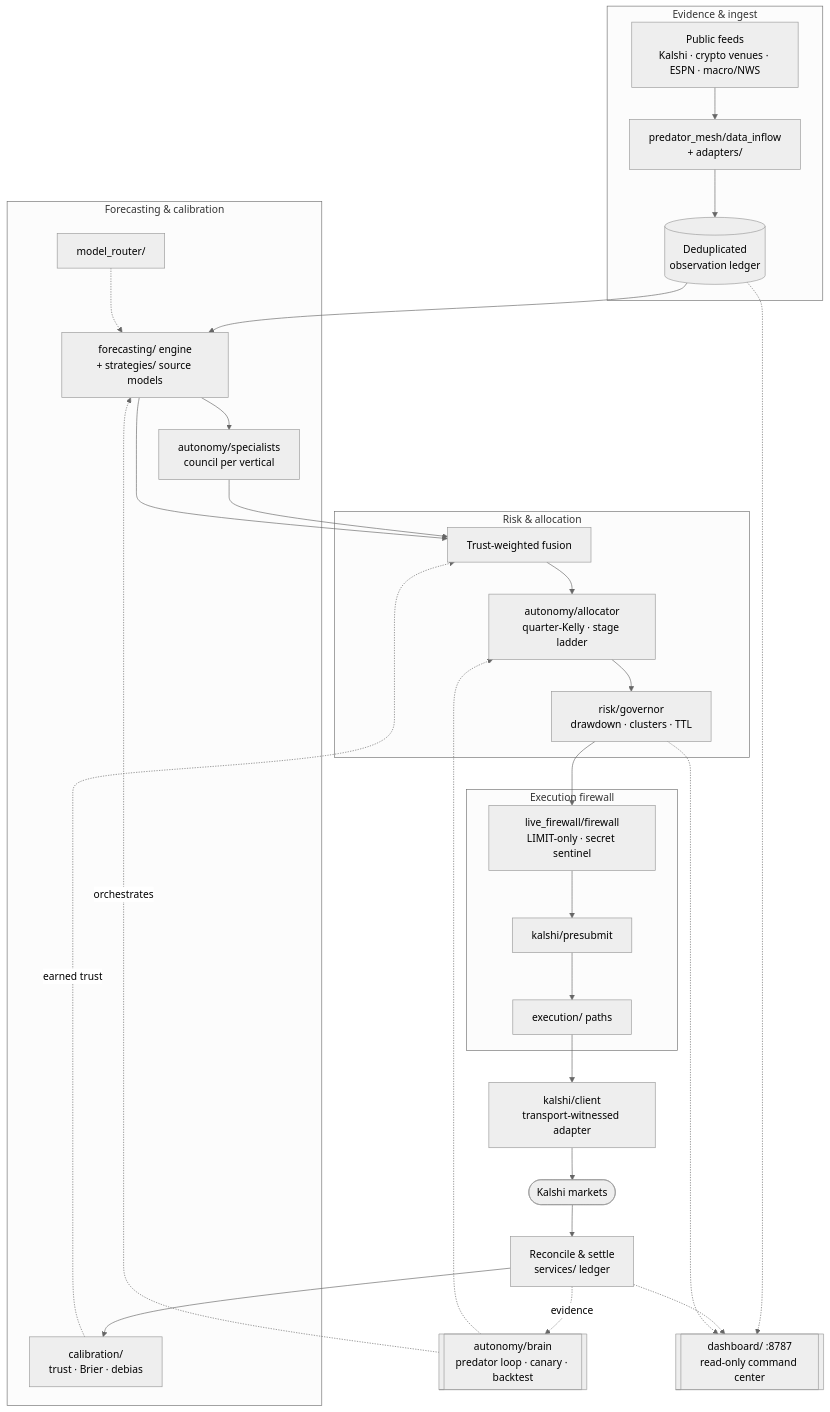
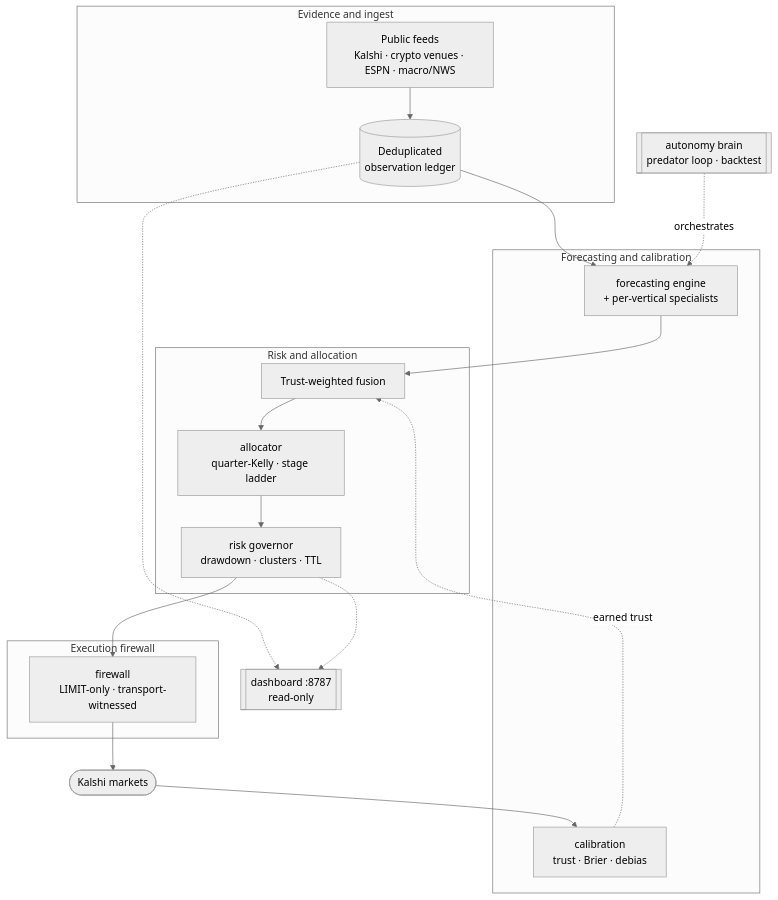
Before and after one commit to ObtuseAI/dummy: the diagram in README.md, drawn with Mermaid (neutral theme). The commit also changed other lines of this file and 1 other file, not shown here.

````diff
--- a/README.md
+++ b/README.md
@@ -125,48 +102,30 @@
 ```mermaid
 flowchart TB
-    subgraph Ingest["Evidence &amp; ingest"]
+    subgraph Ingest["Evidence and ingest"]
         FEEDS[Public feeds<br/>Kalshi · crypto venues · ESPN · macro/NWS]
-        INFLOW[predator_mesh/data_inflow<br/>+ adapters/]
         OBS[(Deduplicated<br/>observation ledger)]
     end
+    subgraph Forecast["Forecasting and calibration"]
+        ENGINE[forecasting engine<br/>+ per-vertical specialists]
+        CAL[calibration<br/>trust · Brier · debias]
+    end
+    subgraph RiskAlloc["Risk and allocation"]
+        FUSE[Trust-weighted fusion]
+        ALLOC[allocator<br/>quarter-Kelly · stage ladder]
+        GOV[risk governor<br/>drawdown · clusters · TTL]
+    end
+    subgraph Exec["Execution firewall"]
+        FW[firewall<br/>LIMIT-only · transport-witnessed]
+    end
+    MARKET([Kalshi markets])
+    BRAIN[[autonomy brain<br/>predator loop · backtest]]
+    DASH[[dashboard :8787<br/>read-only]]
 
-    subgraph Forecast["Forecasting &amp; calibration"]
-        ENGINE[forecasting/ engine<br/>+ strategies/ source models]
-        COUNCIL[autonomy/specialists<br/>council per vertical]
-        CAL[calibration/<br/>trust · Brier · debias]
-        ROUTER[model_router/]
-    end
-
-    subgraph RiskAlloc["Risk &amp; allocation"]
-        FUSE[Trust-weighted fusion]
-        ALLOC[autonomy/allocator<br/>quarter-Kelly · stage ladder]
-        GOV[risk/governor<br/>drawdown · clusters · TTL]
-    end
-
-    subgraph Exec["Execution firewall"]
-        FW[live_firewall/firewall<br/>LIMIT-only · secret sentinel]
-        PRE[kalshi/presubmit]
-        PATH[execution/ paths]
-    end
-
-    ADAPTER[kalshi/client<br/>transport-witnessed adapter]
-    MARKET([Kalshi markets])
-    RECON[Reconcile &amp; settle<br/>services/ ledger]
-
-    BRAIN[[autonomy/brain<br/>predator loop · canary · backtest]]
-    DASH[[dashboard/ :8787<br/>read-only command center]]
-
-    FEEDS --> INFLOW --> OBS --> ENGINE
-    ENGINE --> COUNCIL --> FUSE
-    ENGINE --> FUSE
+    FEEDS --> OBS --> ENGINE --> FUSE
     CAL -. earned trust .-> FUSE
-    ROUTER -.-> ENGINE
-    FUSE --> ALLOC --> GOV --> FW --> PRE --> PATH --> ADAPTER --> MARKET
-    MARKET --> RECON --> CAL
+    FUSE --> ALLOC --> GOV --> FW --> MARKET
+    MARKET --> CAL
     BRAIN -. orchestrates .-> ENGINE
-    BRAIN -.-> ALLOC
-    RECON -. evidence .-> BRAIN
     OBS -.-> DASH
-    RECON -.-> DASH
     GOV -.-> DASH
 ```
````
